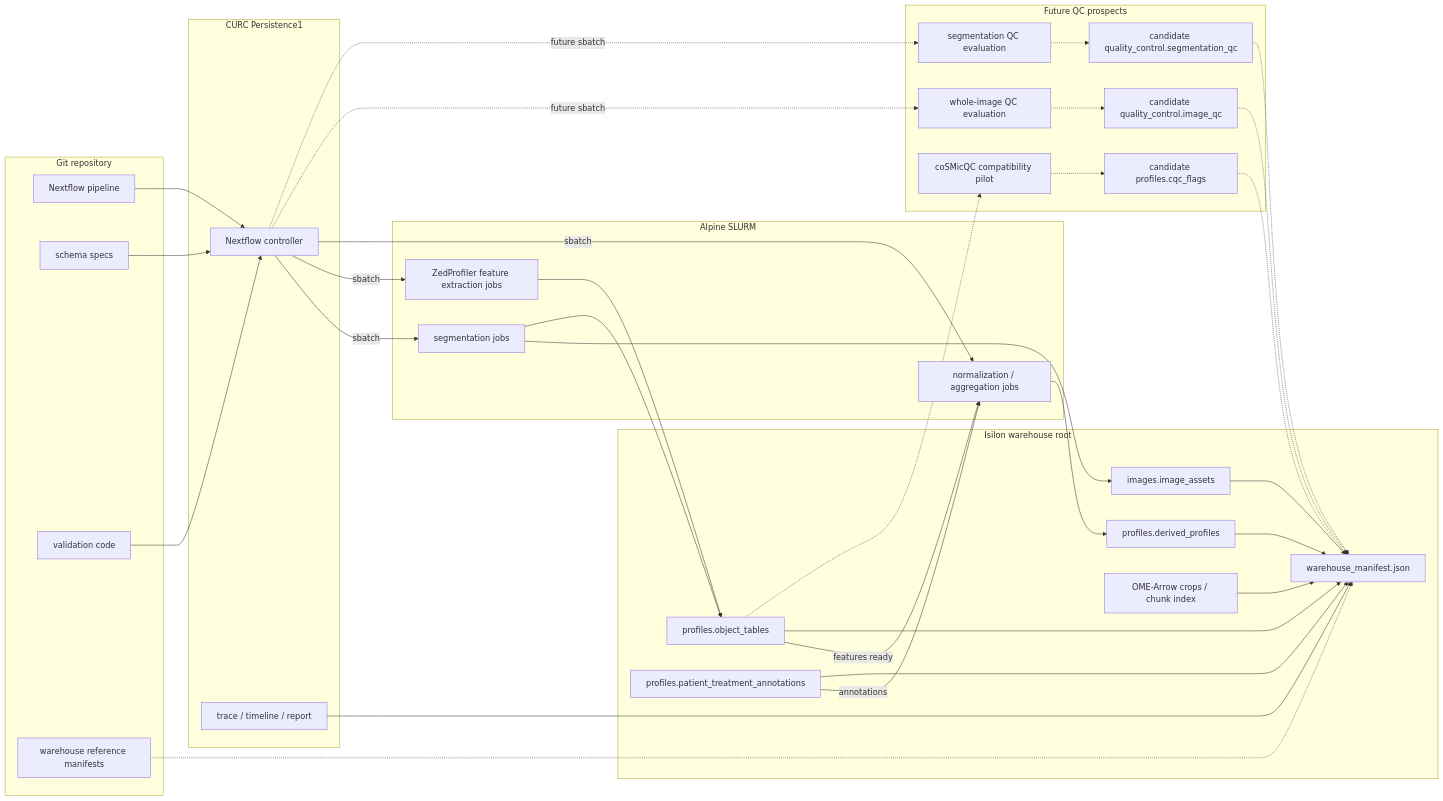
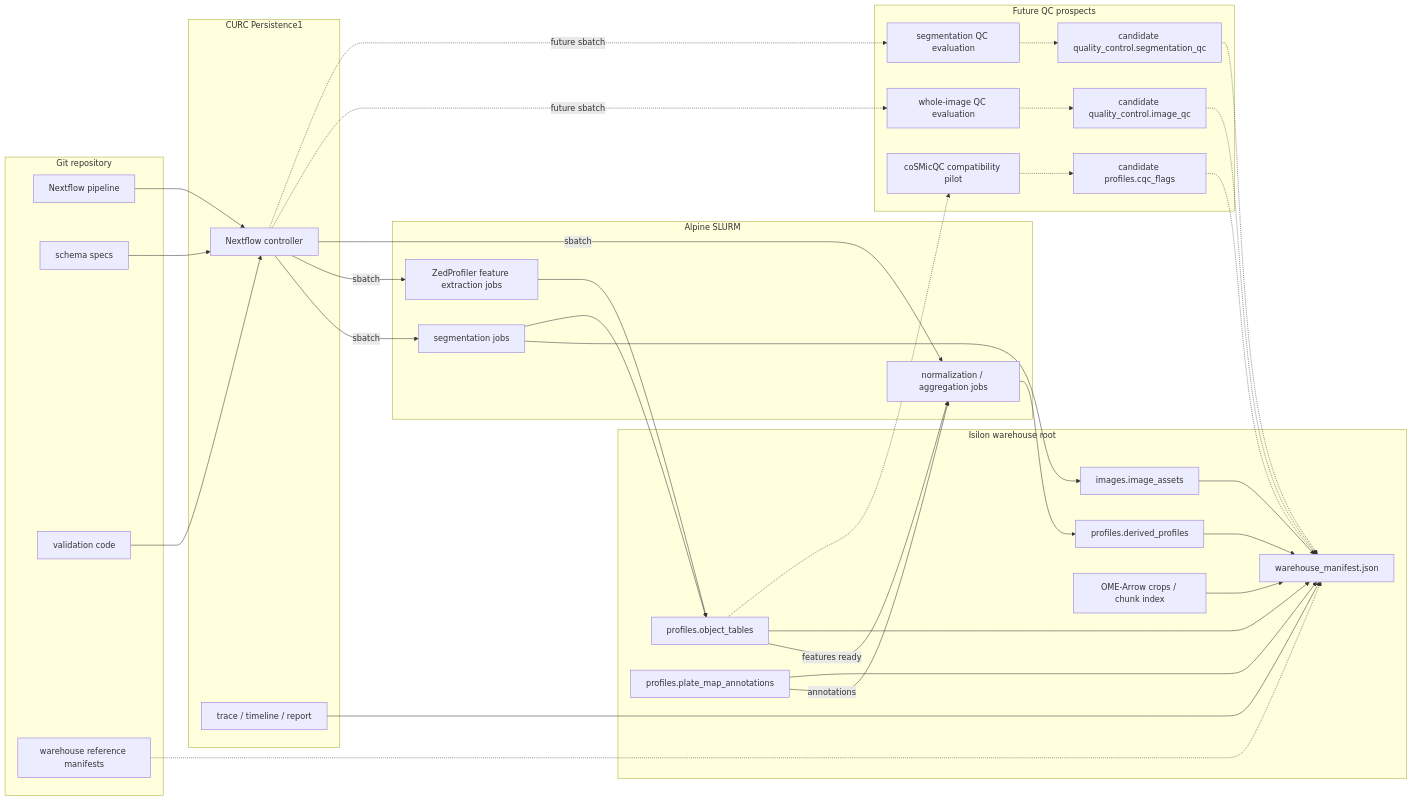
One commit to WayScience/NF1_3D_organoid_profiling_pipeline changed the diagram in docs/source/future_processing_plan.md. Above: the diagram before and after it, drawn with Mermaid. The commit also changed other lines of this file, not shown here.

````diff
--- a/docs/source/future_processing_plan.md
+++ b/docs/source/future_processing_plan.md
@@ -47,67 +48,67 @@
 ```mermaid
 flowchart LR
     subgraph git_repo["Git repository"]
         nextflow_pipeline["Nextflow pipeline"]
         schema_specs["schema specs"]
         validation_code["validation code"]
         warehouse_references["warehouse reference manifests"]
     end
 
     subgraph curc_persistence["CURC Persistence1"]
         nextflow_controller["Nextflow controller"]
         run_reports["trace / timeline / report"]
     end
 
     subgraph alpine_slurm["Alpine SLURM"]
         segmentation_jobs["segmentation jobs"]
         featurization_jobs["ZedProfiler feature extraction jobs"]
         profile_jobs["normalization / aggregation jobs"]
     end
 
     subgraph isilon_warehouse["Isilon warehouse root"]
         warehouse_manifest["warehouse_manifest.json"]
         image_assets["images.image_assets"]
         object_profiles["profiles.object_tables"]
         derived_profiles["profiles.derived_profiles"]
-        treatment_annotations["profiles.patient_treatment_annotations"]
+        treatment_annotations["profiles.plate_map_annotations"]
         ome_arrow_assets["OME-Arrow crops / chunk index"]
     end
 
     subgraph future_qc["Future QC prospects"]
         image_qc_jobs["whole-image QC evaluation"]
         segmentation_qc_jobs["segmentation QC evaluation"]
         object_qc_jobs["coSMicQC compatibility pilot"]
         image_qc["candidate quality_control.image_qc"]
         segmentation_qc["candidate quality_control.segmentation_qc"]
         cqc_flags["candidate profiles.cqc_flags"]
     end
 
     nextflow_pipeline --> nextflow_controller
     schema_specs --> nextflow_controller
     validation_code --> nextflow_controller
     warehouse_references -.-> warehouse_manifest
     nextflow_controller -->|sbatch| segmentation_jobs
     nextflow_controller -->|sbatch| featurization_jobs
     nextflow_controller -->|sbatch| profile_jobs
     segmentation_jobs --> image_assets
     segmentation_jobs --> object_profiles
     featurization_jobs --> object_profiles
     object_profiles -->|features ready| profile_jobs
     treatment_annotations -->|annotations| profile_jobs
     profile_jobs --> derived_profiles
     image_assets --> warehouse_manifest
     object_profiles --> warehouse_manifest
     derived_profiles --> warehouse_manifest
     treatment_annotations --> warehouse_manifest
     ome_arrow_assets --> warehouse_manifest
     run_reports --> warehouse_manifest
     nextflow_controller -.->|future sbatch| image_qc_jobs
     nextflow_controller -.->|future sbatch| segmentation_qc_jobs
     object_profiles -.-> object_qc_jobs
     image_qc_jobs -.-> image_qc
     segmentation_qc_jobs -.-> segmentation_qc
     object_qc_jobs -.-> cqc_flags
     image_qc -.-> warehouse_manifest
     segmentation_qc -.-> warehouse_manifest
     cqc_flags -.-> warehouse_manifest
 ```
````
